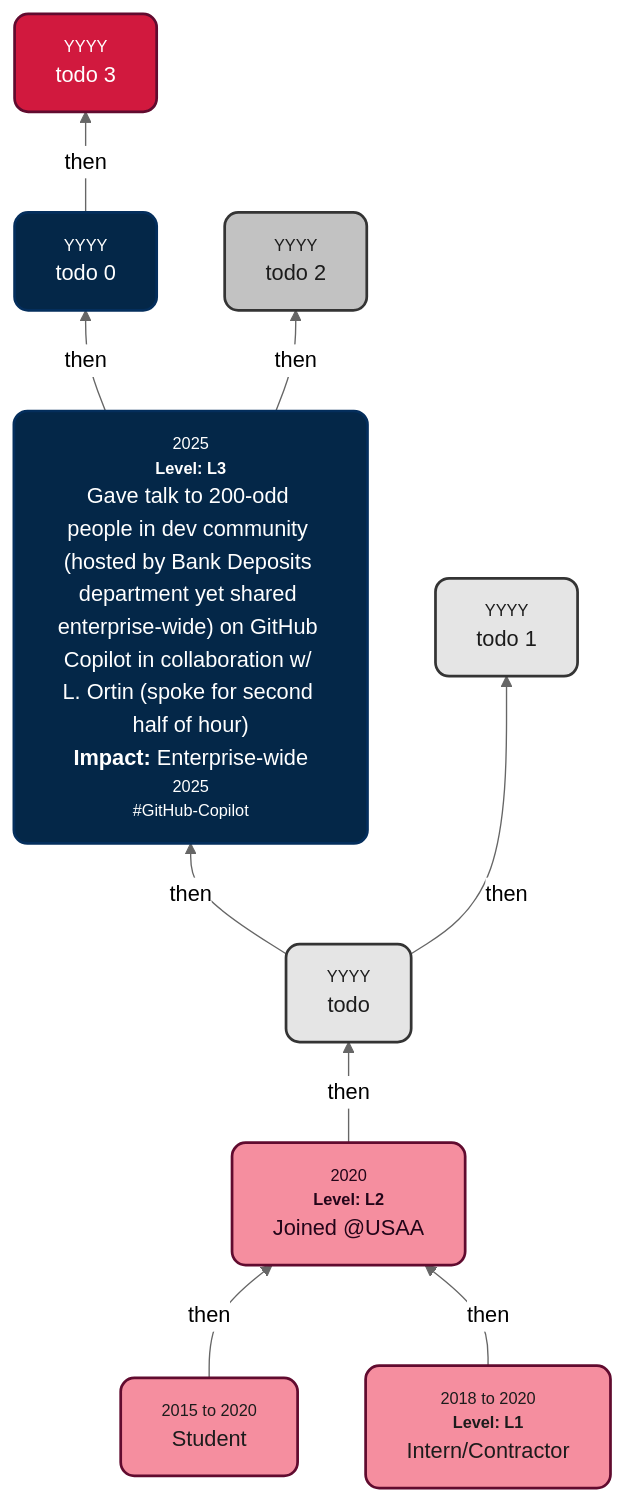
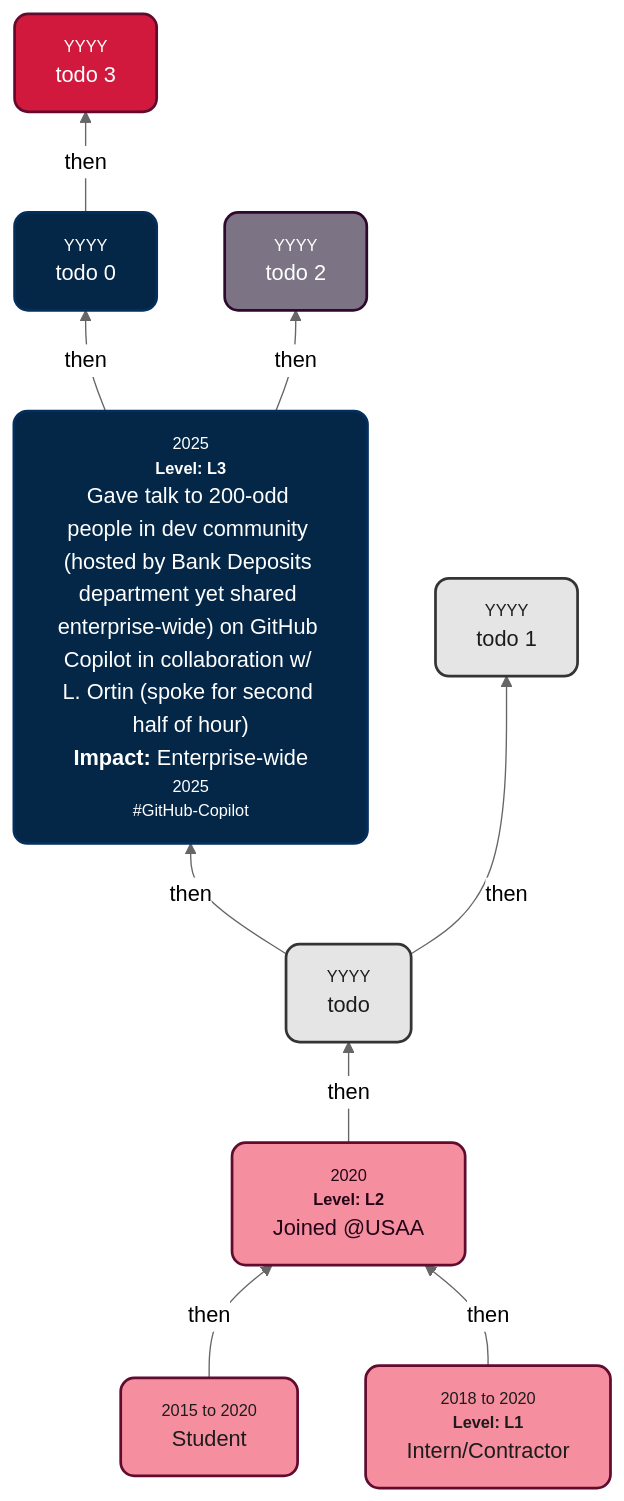
The diagram in README.md (s-sepanski/portfolio), drawn with Mermaid (neutral theme) before and after one commit. The commit also changed other lines of this file, not shown here.

Commit message:
task: specify text color for types

````diff
--- a/README.md
+++ b/README.md
@@ -33,22 +33,22 @@
 ```mermaid
 graph BT
     PreStudentNode["<div style='font-size:75%;  color:#848484; text-align:center;'>2015 to 2020</div>Student"] -->|then| A["<div style='font-size:75%; color:#848484; text-align:center;'>2020</div><div style='font-size:75%; color:#848484; text-align:center;'><b>Level: L2</b><br/></div>Joined @USAA<br>"]
     ContractorNode["<div style='font-size:75%; color:#848484; text-align:center;'>2018 to 2020</div><div style='font-size:75%; color:#848484; text-align:center;'><b>Level: L1</b></div>Intern/Contractor"] -->|then| A
     A -->|then| B["<div style='font-size:75%; color:#848484; text-align:center;'>YYYY</div>todo"]
     B -->|then| C["<div style='font-size:75%; color:#848484; text-align:center;'>2025</div><div style='font-size:75%; color:#848484; text-align:center;'><b>Level: L3</b><br/></div>Gave talk to 200-odd people in dev community (hosted by Bank Deposits department yet shared enterprise-wide) on GitHub Copilot in collaboration w/ L. Ortin (spoke for second half of hour)<br/><b>Impact: </b>Enterprise-wide<div style='font-size:75%; color:#848484; text-align:center;'>2025</div><div style='font-size:75%; color:#848484; text-align:center;'>#GitHub-Copilot<br/></div>"]
     C -->|then| D["<div style='font-size:75%; color:#848484; text-align:center;'>YYYY</div>todo 0"]
     B -->|then| E["<div style='font-size:75%; color:#848484; text-align:center;'>YYYY</div>todo 1"]
     C -->|then| F["<div style='font-size:75%; color:#848484; text-align:center;'>YYYY</div>todo 2"]
     D -->|then| G["<div style='font-size:75%; color:#848484; text-align:center;'>YYYY</div>todo 3"]
     style PreStudentNode fill:#f58e9f,stroke:#610b2f,stroke-width:2px,color:#1c1c1c
     style ContractorNode fill:#f58e9f,stroke:#610b2f,stroke-width:2px,color:#1c1c1c
     style A fill:#f58e9f,stroke:#610b2f,stroke-width:2px,color:#230519
     style B fill:#e5e5e5,stroke:#343434,stroke-width:2px,color:#1c1c1c
     style C fill:#042748,stroke:#042e5c,stroke-width:2px,color:#FFFFFF
     style D fill:#042748,stroke:#042e5c,stroke-width:2px,color:#FFFFFF
     style E fill:#e5e5e5,stroke:#343434,stroke-width:2px,color:#1c1c1c
-    style F fill:#c2c2c2,stroke:#343434,stroke-width:2px,color:#1c1c1c
+    style F fill:#7c7484,stroke:#2e092d,stroke-width:2px,color:#FFFFFF
     style G fill:#d1193e,stroke:#610b2f,stroke-width:2px,color:#FFFFFF
     classDef rounded stroke-width:2px,rx:10,ry:10;
     class PreStudentNode,ContractorNode,A,B,C,D,E,F,G rounded;
 ```
````
